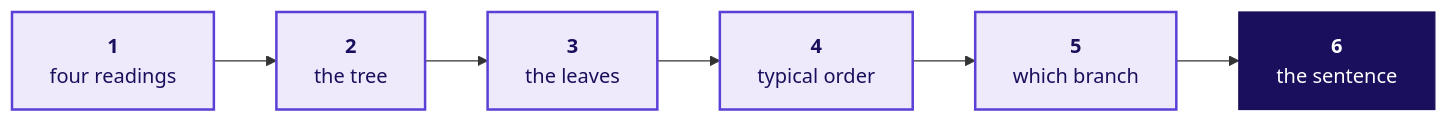
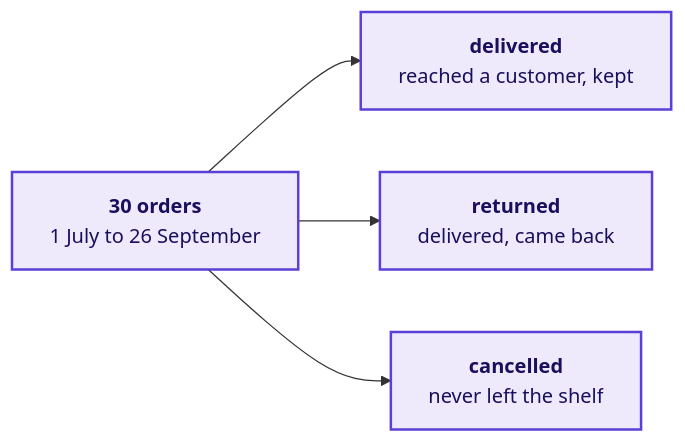
One commit to fde-academy-lab/c2-content-factory changed the eighth of 31 diagrams in content/W01/D1/slides/C2_W01_D01_half1_STUDENT.md. Above: the diagram before and after it, drawn with Mermaid. The commit also changed other lines of this file and 22 other files, not shown here.

````diff
--- a/content/W01/D1/slides/C2_W01_D01_half1_STUDENT.md
+++ b/content/W01/D1/slides/C2_W01_D01_half1_STUDENT.md
@@ -264,9 +430,8 @@
 ```mermaid
 flowchart LR
-    C1["<b>1</b><br/>four readings"] --> C2["<b>2</b><br/>the tree"] --> C3["<b>3</b><br/>the leaves"]
-    C3 --> C4["<b>4</b><br/>typical order"] --> C5["<b>5</b><br/>which branch"] --> C6["<b>6</b><br/>the sentence"]
+    F["<b>30 orders</b><br/>1 July to 26 September"] --> D["<b>delivered</b><br/>reached a customer, kept"]
+    F --> R["<b>returned</b><br/>delivered, came back"]
+    F --> X["<b>cancelled</b><br/>never left the shelf"]
     classDef known fill:#EEEAFB,stroke:#5B3FD6,color:#1A0F5C,stroke-width:2px
-    classDef bet fill:#1A0F5C,stroke:#1A0F5C,color:#FFFFFF
-    class C1,C2,C3,C4,C5 known
-    class C6 bet
+    class F,D,R,X known
 ```
````
